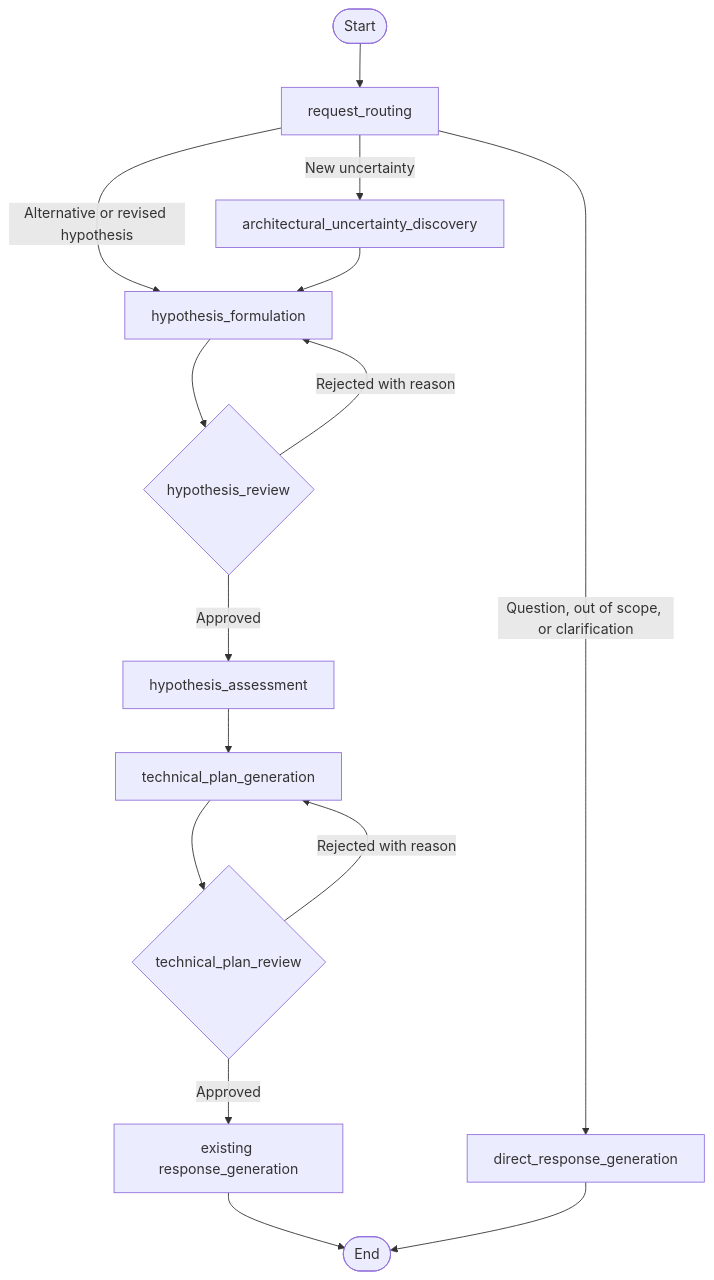
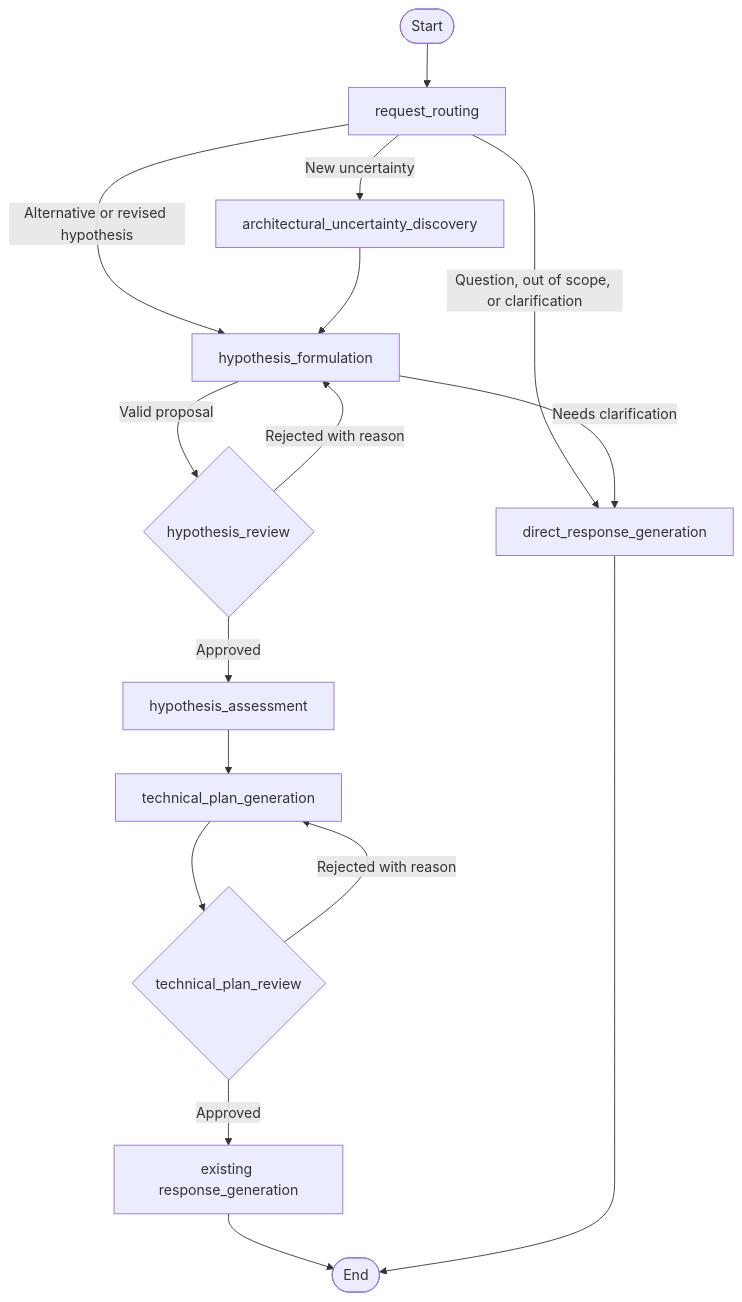
Before and after one commit to archhypo-ai/archflow-solo: the diagram in docs/archhypo-flow.md, drawn with Mermaid. The commit also changed other lines of this file and 29 other files, not shown here.

Commit message:
feat: routing node flow

````diff
--- a/docs/archhypo-flow.md
+++ b/docs/archhypo-flow.md
@@ -17,17 +17,18 @@
 ```mermaid
 flowchart TD
     START([Start]) --> ROUTING[request_routing]
     ROUTING -->|New uncertainty| DISCOVERY[architectural_uncertainty_discovery]
     ROUTING -->|Alternative or revised hypothesis| FORMULATION[hypothesis_formulation]
     ROUTING -->|Question, out of scope, or clarification| DIRECT[direct_response_generation]
     DISCOVERY --> FORMULATION[hypothesis_formulation]
-    FORMULATION --> REVIEW{hypothesis_review}
+    FORMULATION -->|Valid proposal| REVIEW{hypothesis_review}
+    FORMULATION -->|Needs clarification| DIRECT
     REVIEW -->|Approved| ASSESSMENT[hypothesis_assessment]
     REVIEW -->|Rejected with reason| FORMULATION
     ASSESSMENT --> PLAN[technical_plan_generation]
     PLAN --> PLAN_REVIEW{technical_plan_review}
     PLAN_REVIEW -->|Approved| RESPONSE[existing response_generation]
     PLAN_REVIEW -->|Rejected with reason| PLAN
     RESPONSE --> END([End])
     DIRECT --> END
 ```
````
